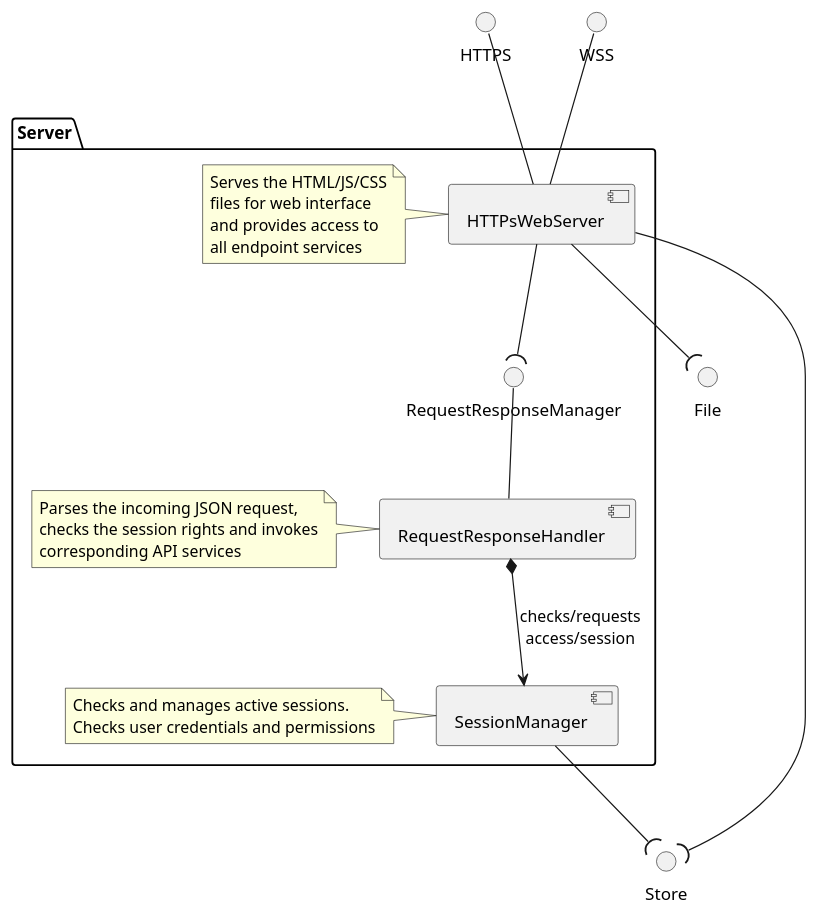
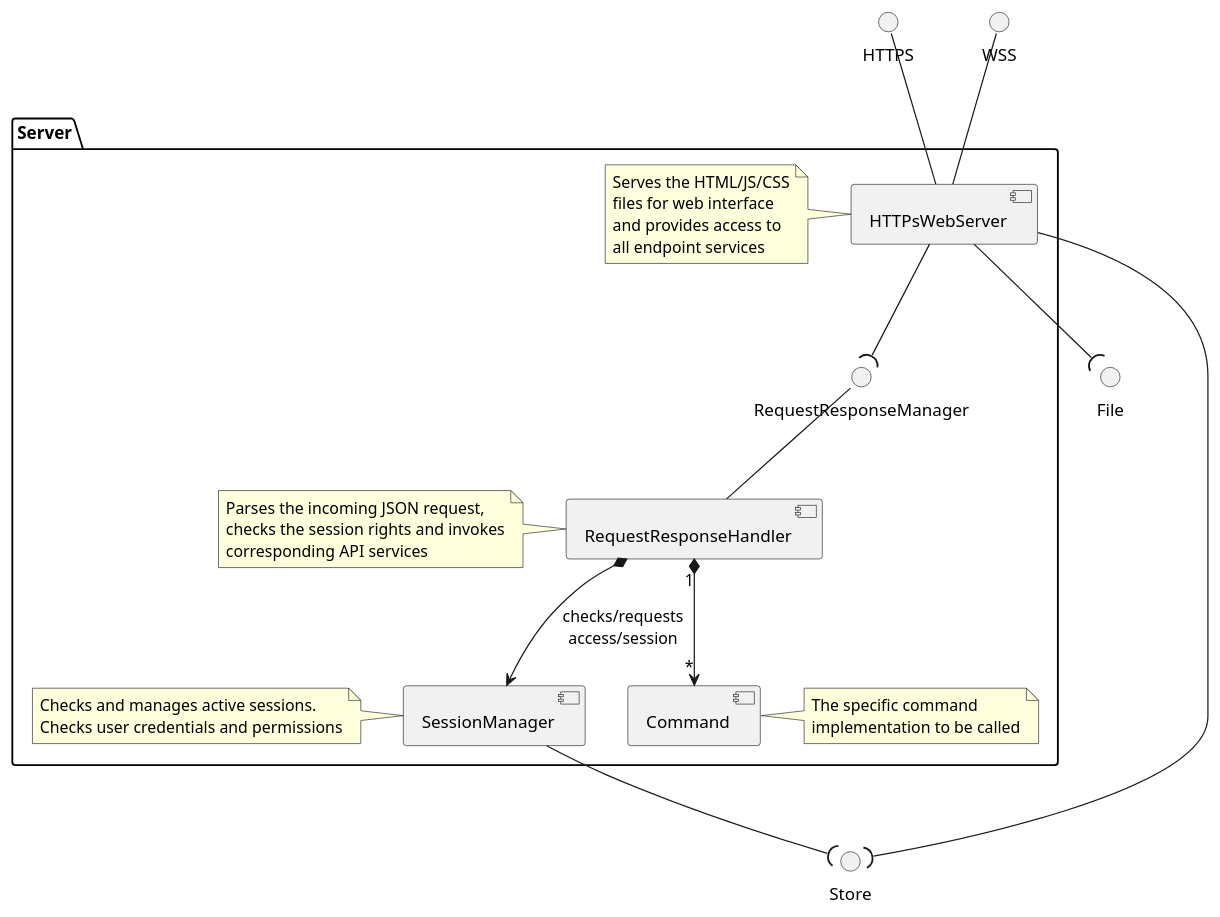
The diagram in doc/architecture/server/04_Server.plantuml (NewTec-GmbH/ZumoComSystem), drawn with PlantUML before and after one commit. The commit also changed 10 other files, not shown here.

Commit message:
refactor(doc): Update documentation diagrams

```diff
--- a/doc/architecture/server/04_Server.plantuml
+++ b/doc/architecture/server/04_Server.plantuml
@@ -1,33 +1,36 @@
 @startuml
 interface "WSS" as WSS
 interface "HTTPS" as HTTPS
 
 interface "File" as File
 interface "Store" as Store
 
 package Server {
     component "HTTPsWebServer" as webserver
+    component "Command" as command
 
     note left of webserver : Serves the HTML/JS/CSS\nfiles for web interface\nand provides access to\nall endpoint services
 
     webserver -up- WSS
     webserver -up- HTTPS
 
     webserver -down-(File
     webserver -down-(Store
 
     component "SessionManager" as sessionsmgmt
     component "RequestResponseHandler" as requesthandler
 
     note left of sessionsmgmt : Checks and manages active sessions.\nChecks user credentials and permissions
     note left of requesthandler : Parses the incoming JSON request,\nchecks the session rights and invokes\ncorresponding API services
+    note right of command: The specific command\nimplementation to be called
 
     interface "RequestResponseManager" as Request
     requesthandler -up- Request
 
     requesthandler *--> sessionsmgmt : checks/requests\naccess/session
+    requesthandler "1" *--> "*" command
 
     webserver -down-(Request
     sessionsmgmt -down-(Store
 }
 @enduml
```
